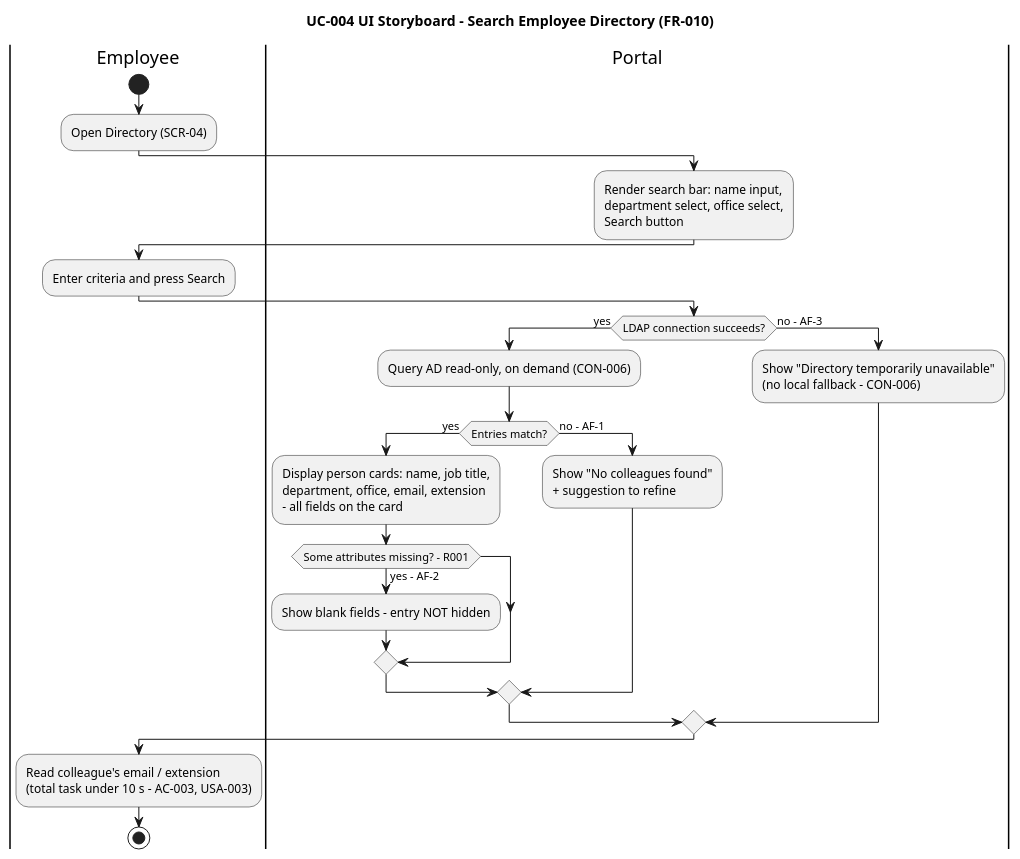
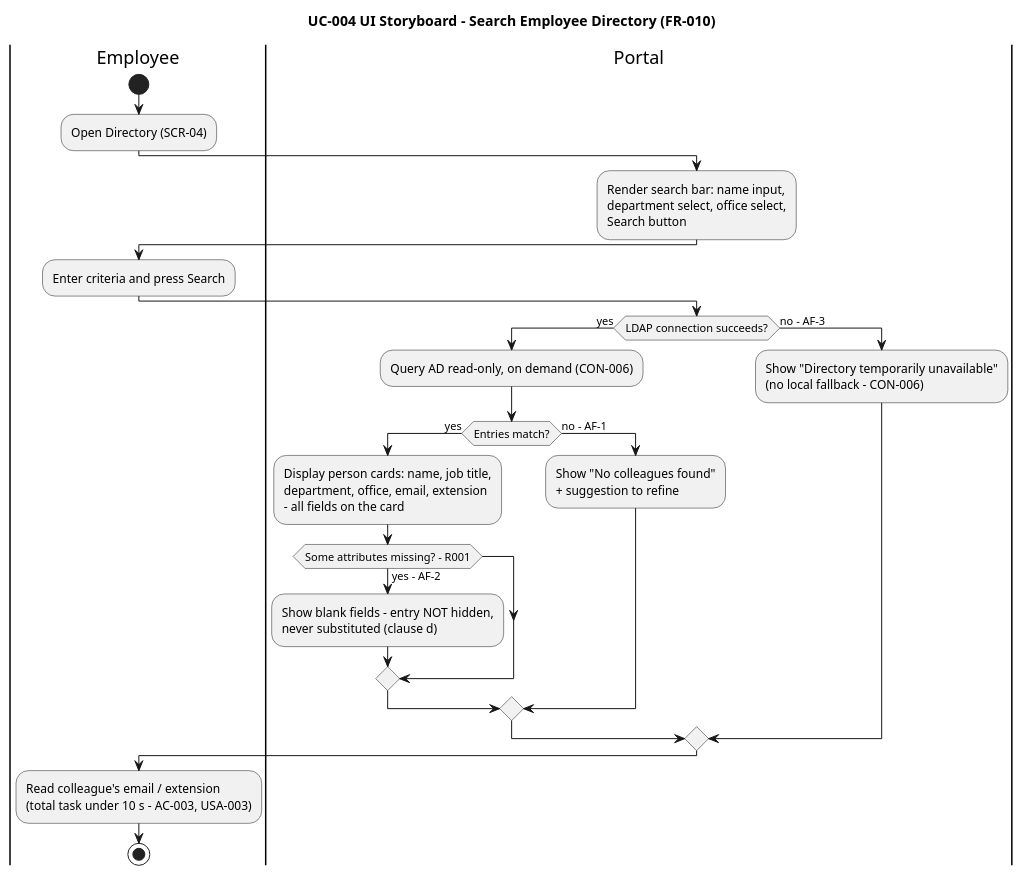
Before and after one commit to banense-test/employee-portal: diagram 13 of 16 in docs/artifacts/requirements/use-case-model.md, drawn with PlantUML. The commit also changed other lines of this file, not shown here.

````diff
--- a/docs/artifacts/requirements/use-case-model.md
+++ b/docs/artifacts/requirements/use-case-model.md
@@ -808,29 +810,29 @@
 ```plantuml
 @startuml
 title UC-004 UI Storyboard - Search Employee Directory (FR-010)
 |Employee|
 start
 :Open Directory (SCR-04);
 |Portal|
 :Render search bar: name input,\ndepartment select, office select,\nSearch button;
 |Employee|
 :Enter criteria and press Search;
 |Portal|
 if (LDAP connection succeeds?) then (yes)
   :Query AD read-only, on demand (CON-006);
   if (Entries match?) then (yes)
     :Display person cards: name, job title,\ndepartment, office, email, extension\n- all fields on the card;
     if (Some attributes missing? - R001) then (yes - AF-2)
-      :Show blank fields - entry NOT hidden;
+      :Show blank fields - entry NOT hidden,\nnever substituted (clause d);
     endif
   else (no - AF-1)
     :Show "No colleagues found"\n+ suggestion to refine;
   endif
 else (no - AF-3)
   :Show "Directory temporarily unavailable"\n(no local fallback - CON-006);
 endif
 |Employee|
 :Read colleague's email / extension\n(total task under 10 s - AC-003, USA-003);
 stop
 @enduml
 ```
````
